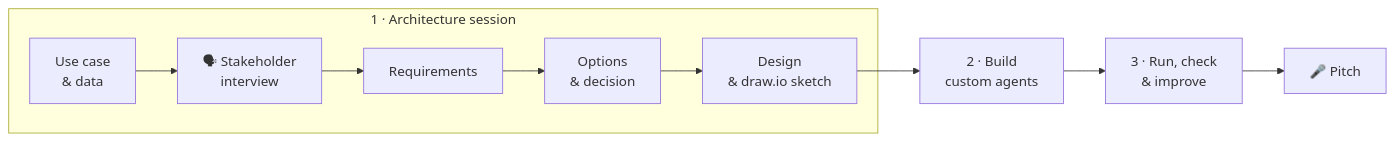
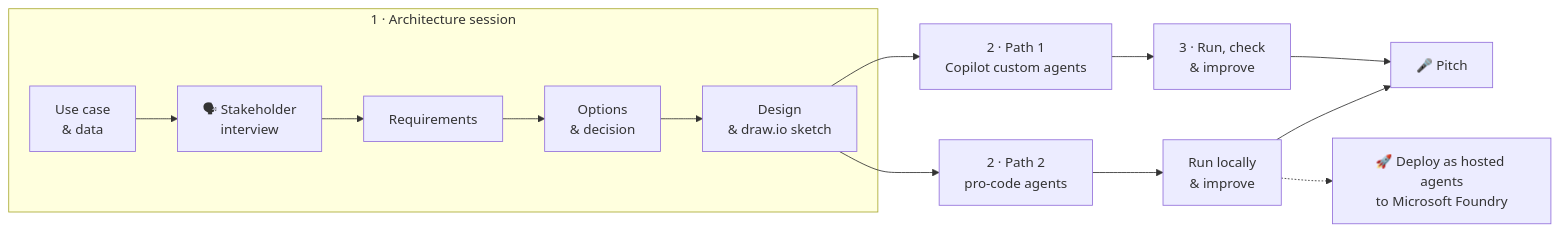
The diagram in README.md (LaetitiaMa1410/ghcp-agent-team-lab), drawn with Mermaid before and after one commit. The commit also changed other lines of this file and 2 other files, not shown here.

Commit message:
Add path 2: pro-code agents with local run and Foundry deployment extension

````diff
--- a/README.md
+++ b/README.md
@@ -26,7 +27,9 @@
 ```mermaid
 flowchart LR
   subgraph S1["1 · Architecture session"]
     A["Use case<br/>& data"] --> I["🗣 Stakeholder<br/>interview"] --> R["Requirements"] --> O["Options<br/>& decision"] --> D["Design<br/>& draw.io sketch"]
   end
-  D --> C["2 · Build<br/>custom agents"] --> E["3 · Run, check<br/>& improve"] --> P["🎤 Pitch"]
+  D --> C["2 · Path 1<br/>Copilot custom agents"] --> E["3 · Run, check<br/>& improve"] --> P["🎤 Pitch"]
+  D --> C2["2 · Path 2<br/>pro-code agents"] --> E2["Run locally<br/>& improve"] --> P
+  E2 -.-> X["🚀 Deploy as hosted agents<br/>to Microsoft Foundry"]
 ```
````
